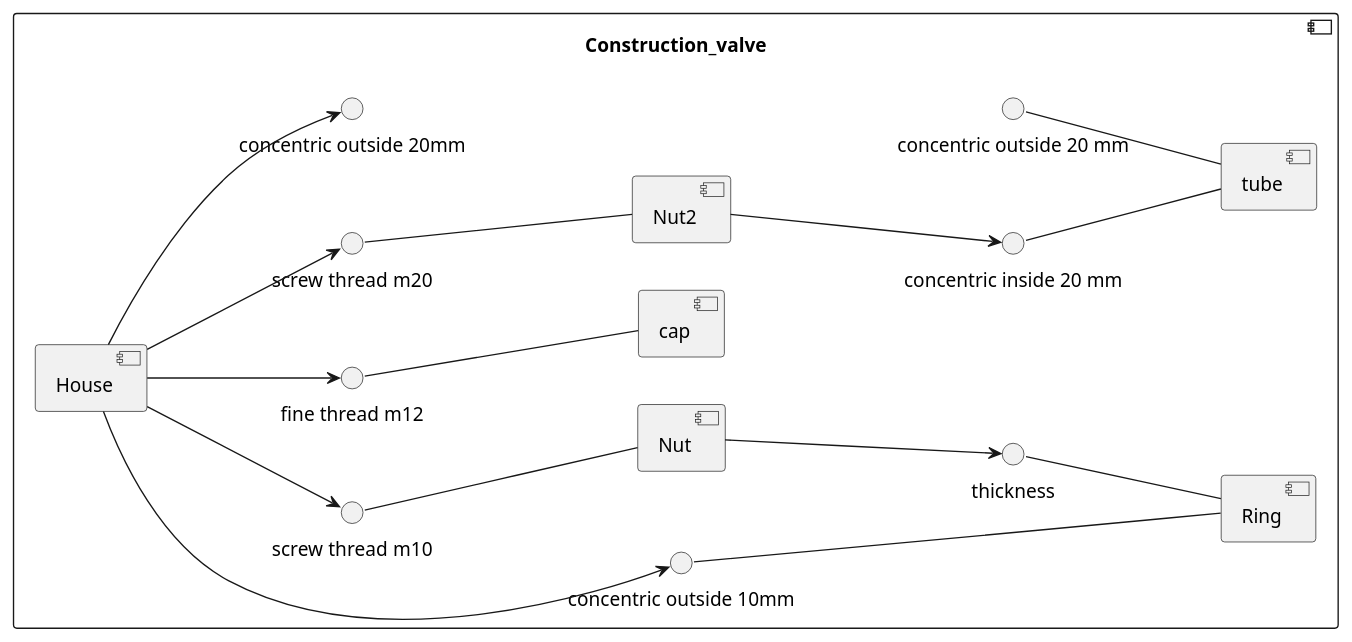
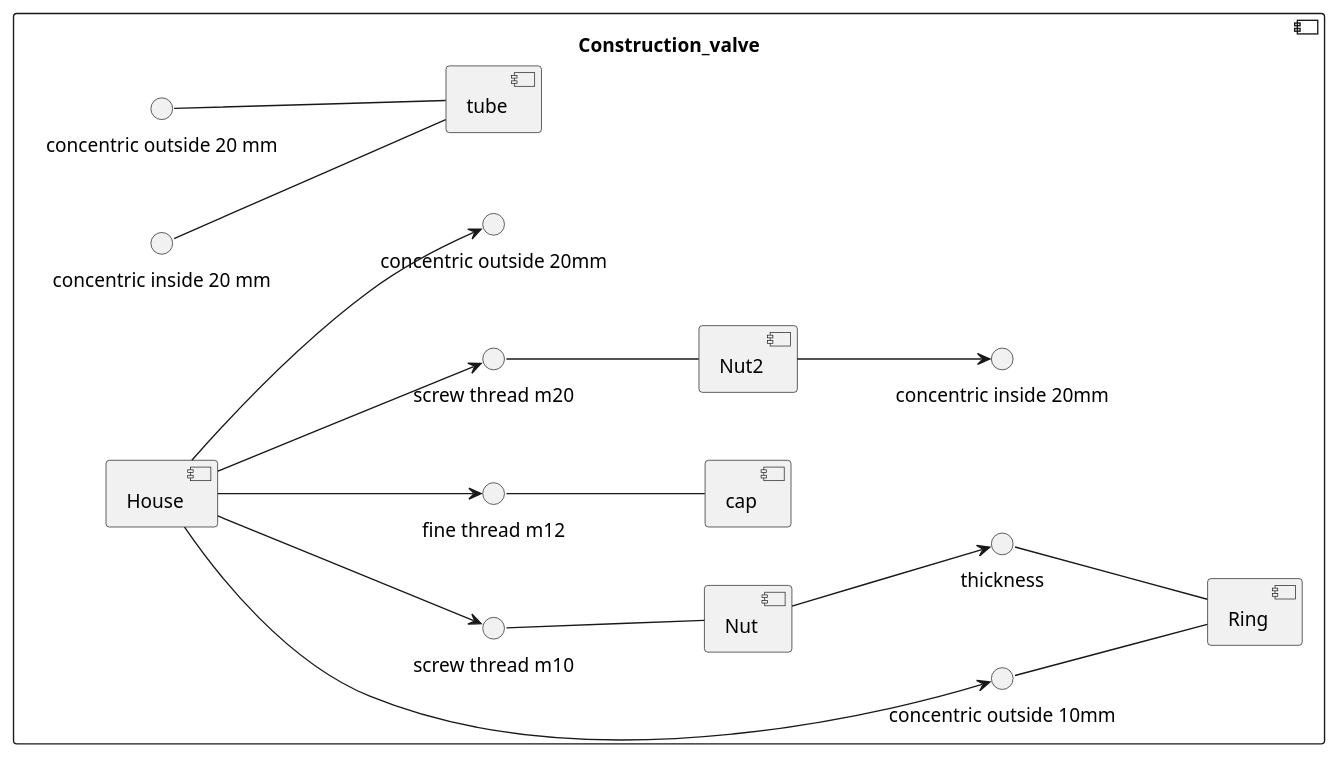
The second of 2 diagrams in src/Introduction.md (Timon14kraan/Project-Proces-and-Safety), drawn with PlantUML before and after one commit. The commit also changed 2 other files, not shown here.

Commit message:
aanpassing

````diff
--- a/src/Introduction.md
+++ b/src/Introduction.md
@@ -63,39 +63,39 @@
 ```plantuml
 @startuml Process_and_Safety
 skinparam backgroundColor transparent
 left to right direction
 'skinparam linetype ortho
 
 component Construction_valve {
     
     [Ring]
     () "concentric outside 10mm" -- Ring
     () "thickness" -- Ring
 
     [Nut]
     () "screw thread m10" -- Nut
     Nut --> "thickness"
 
     [cap]
     () "fine thread m12" -- cap
 
     [tube]
     () "concentric outside 20 mm" -- tube
     () "concentric inside 20 mm" -- tube
 
     [Nut2]
     () "screw thread m20" -- Nut2
-     Nut2 --> "concentric inside 20 mm"
+     Nut2 --> "concentric inside 20mm"
 
 
     [House]
     House --> "concentric outside 10mm"
     House --> "screw thread m10"
     House --> "concentric outside 20mm"
     House --> "screw thread m20"
     House --> "fine thread m12"
     
 }
 
 @enduml
 ```
````
